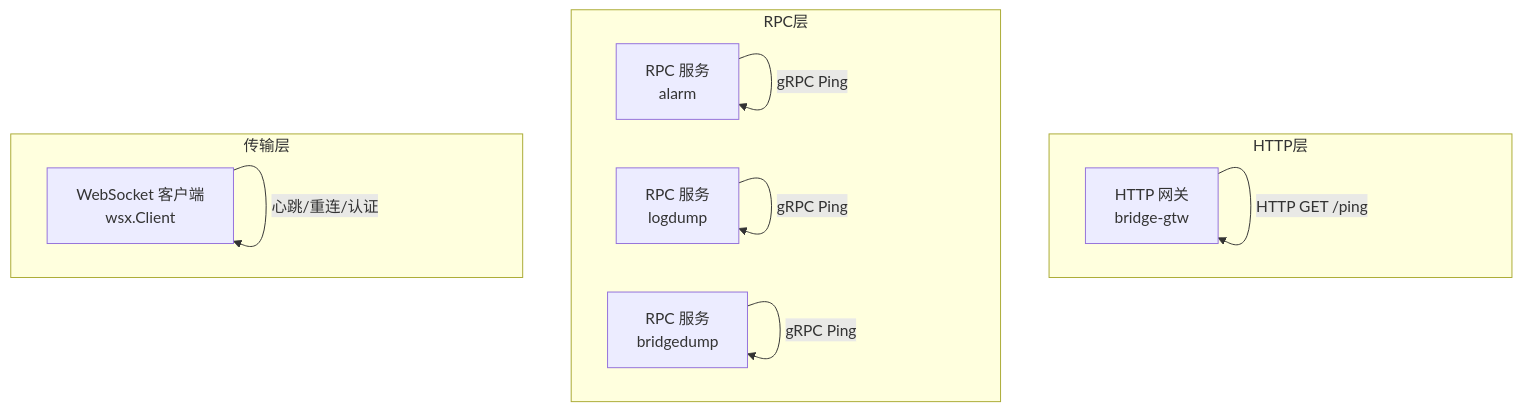
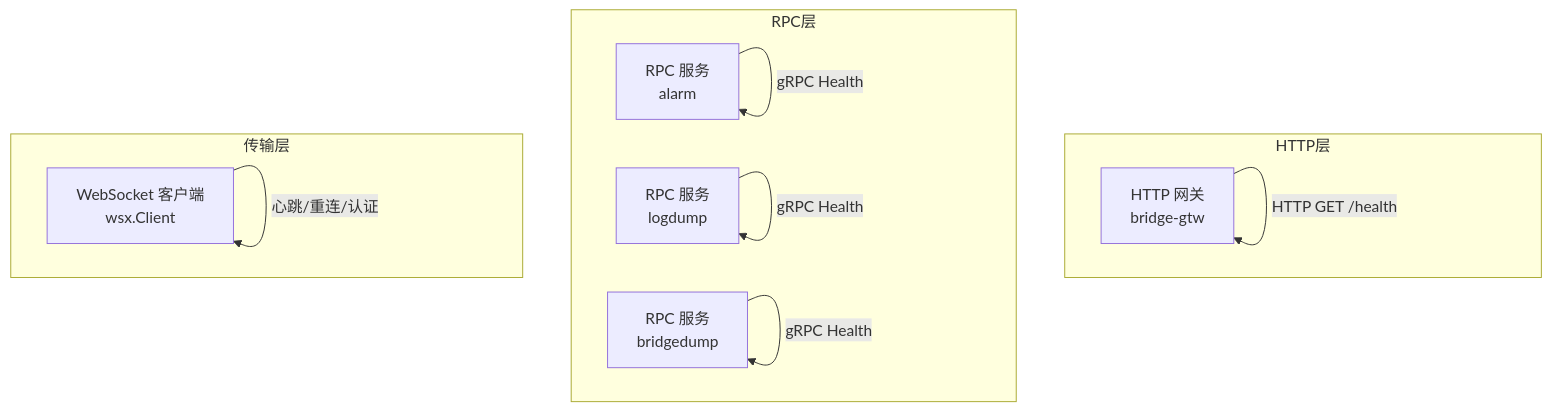
One commit to maomao94/zero-service changed the first of 6 diagrams in .qoder/repowiki/zh/content/AI应用模块/SSE网关服务/Ping健康检查.md. Above: the diagram before and after it, drawn with Mermaid. The commit also changed other lines of this file and 6 other files, not shown here.

````diff
--- a/.qoder/repowiki/zh/content/AI应用模块/SSE网关服务/Ping健康检查.md
+++ b/.qoder/repowiki/zh/content/AI应用模块/SSE网关服务/Ping健康检查.md
@@ -42,19 +53,19 @@
 ```mermaid
 graph TB
 subgraph "HTTP层"
 GW["HTTP 网关<br/>bridge-gtw"]
 end
 subgraph "RPC层"
 AL["RPC 服务<br/>alarm"]
 LD["RPC 服务<br/>logdump"]
 BD["RPC 服务<br/>bridgedump"]
 end
 subgraph "传输层"
 WS["WebSocket 客户端<br/>wsx.Client"]
 end
-GW --> |"HTTP GET /ping"| GW
-AL --> |"gRPC Ping"| AL
-LD --> |"gRPC Ping"| LD
-BD --> |"gRPC Ping"| BD
+GW --> |"HTTP GET /health"| GW
+AL --> |"gRPC Health"| AL
+LD --> |"gRPC Health"| LD
+BD --> |"gRPC Health"| BD
 WS --> |"心跳/重连/认证"| WS
 ```
````
